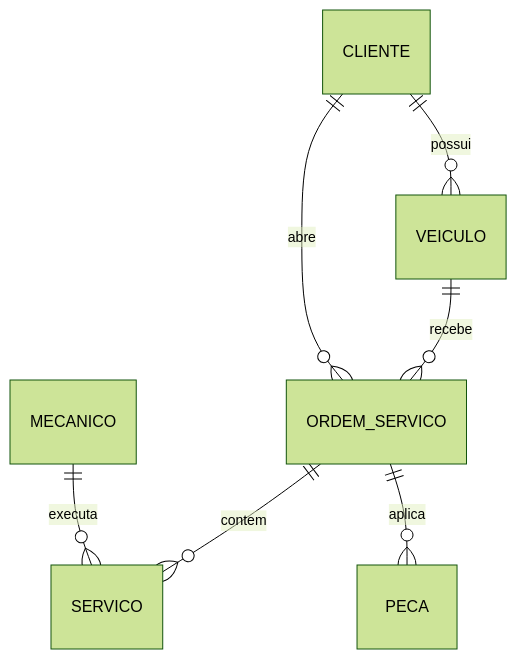
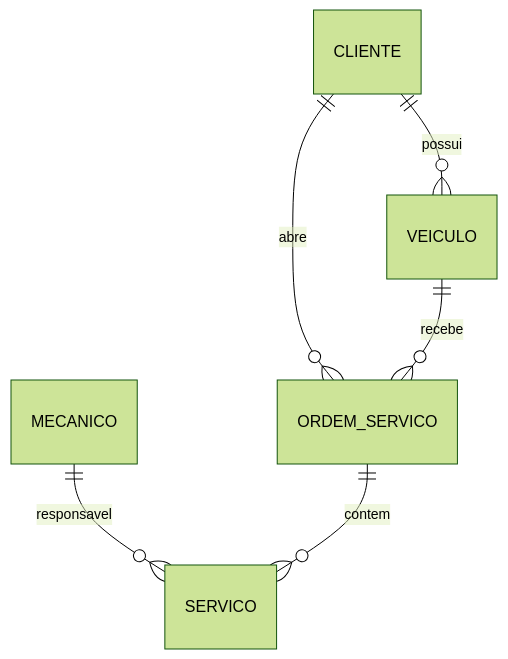
Before and after one commit to ramons02/car-repair-front-end: the second of 2 diagrams in README.md, drawn with Mermaid (forest theme). The commit also changed other lines of this file, not shown here.

````diff
--- a/README.md
+++ b/README.md
@@ -134,9 +107,8 @@
 ```mermaid
 erDiagram
     CLIENTE ||--o{ VEICULO : possui
     CLIENTE ||--o{ ORDEM_SERVICO : abre
     VEICULO ||--o{ ORDEM_SERVICO : recebe
-    MECANICO ||--o{ SERVICO : executa
+    MECANICO ||--o{ SERVICO : responsavel
     ORDEM_SERVICO ||--o{ SERVICO : contem
-    ORDEM_SERVICO ||--o{ PECA : aplica
 ```
````
